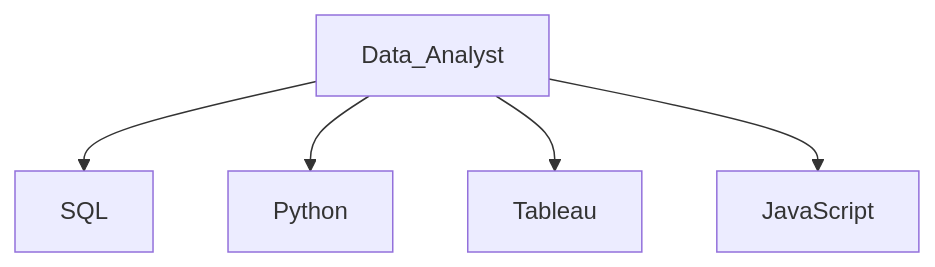
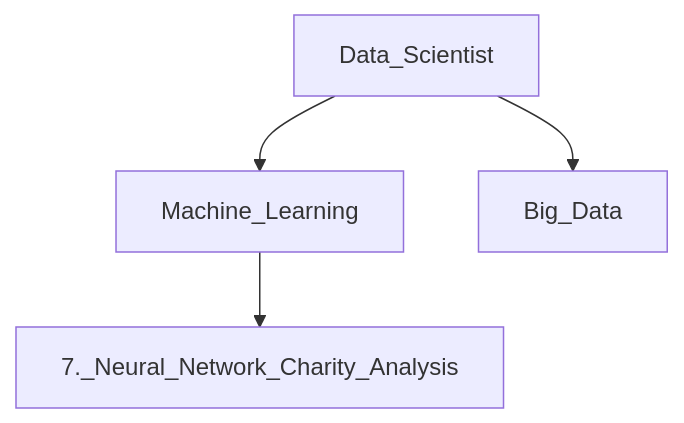
The second of 2 diagrams in README.md (Baylex/Baylex), drawn with Mermaid before and after one commit. The commit also changed other lines of this file, not shown here.

Commit message:
update mermaid

````diff
--- a/README.md
+++ b/README.md
@@ -79,7 +95,6 @@
 ```mermaid
 graph TD;
-    Data_Analyst-->SQL;
-    Data_Analyst-->Python;
-    Data_Analyst-->Tableau;
-    Data_Analyst-->JavaScript;
+    Data_Scientist-->Machine_Learning;
+    Data_Scientist-->Big_Data;
+    Machine_Learning-->7._Neural_Network_Charity_Analysis;
 ```
````
